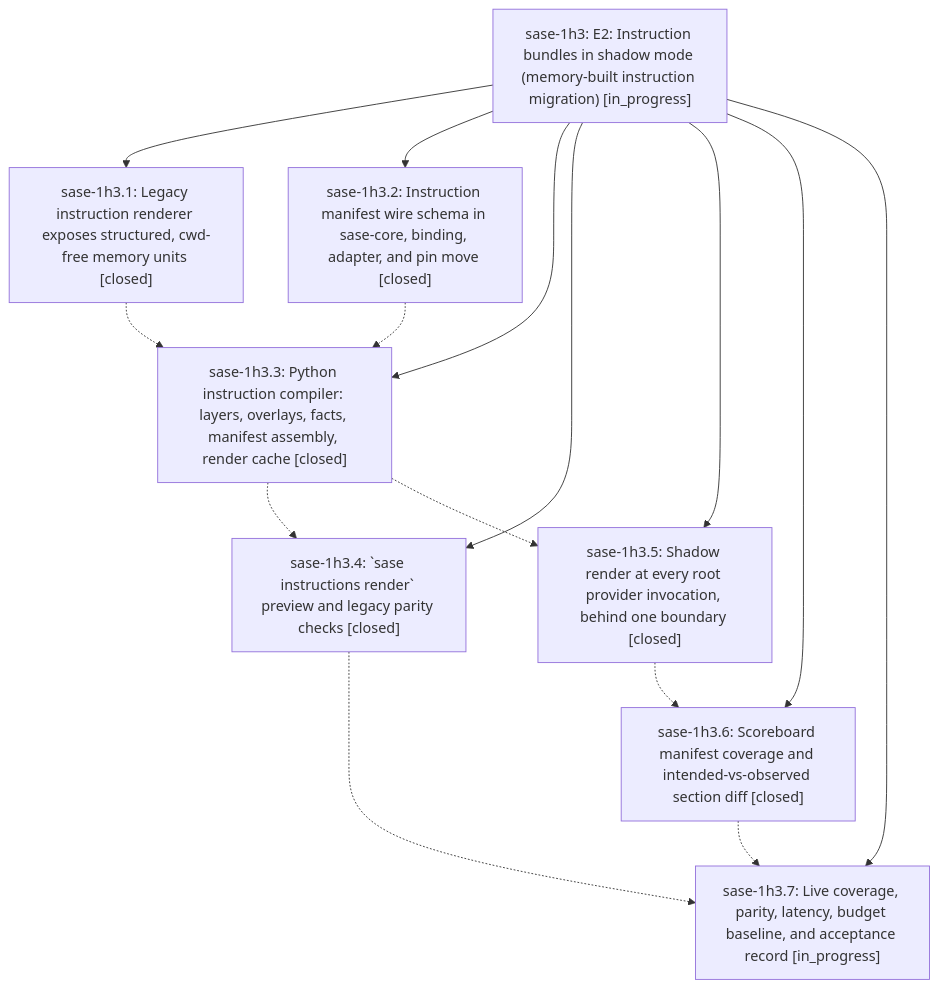
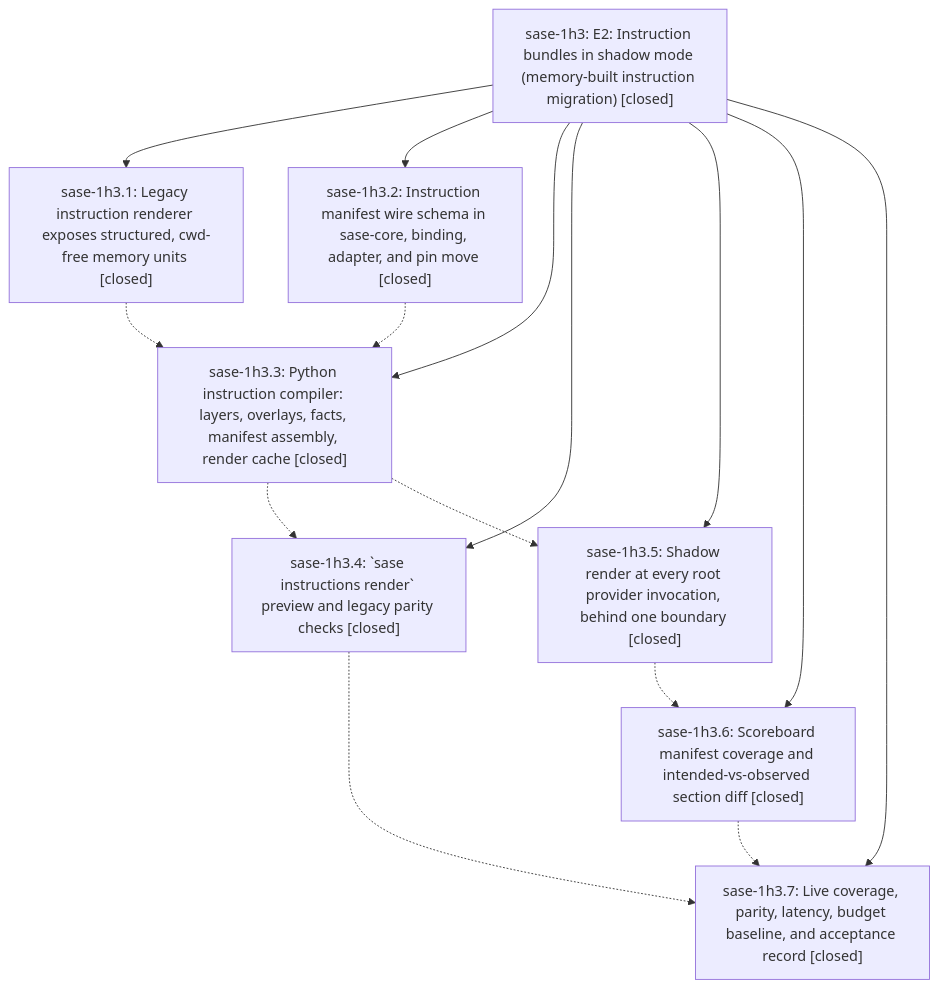
Before and after one commit to sase-org/sase--beads: the diagram in pages/sase-1h3/README.md, drawn with Mermaid. The commit also changed other lines of this file and 3 other files, not shown here.

````diff
--- a/pages/sase-1h3/README.md
+++ b/pages/sase-1h3/README.md
@@ -40,25 +64,25 @@
 ```mermaid
 flowchart TD
-    n0["sase-1h3: E2: Instruction bundles in shadow mode (memory-built instruction migration) [in_progress]"]
+    n0["sase-1h3: E2: Instruction bundles in shadow mode (memory-built instruction migration) [closed]"]
     n1["sase-1h3.1: Legacy instruction renderer exposes structured, cwd-free memory units [closed]"]
     n2["sase-1h3.2: Instruction manifest wire schema in sase-core, binding, adapter, and pin move [closed]"]
     n3["sase-1h3.3: Python instruction compiler: layers, overlays, facts, manifest assembly, render cache [closed]"]
     n4["sase-1h3.4: `sase instructions render` preview and legacy parity checks [closed]"]
     n5["sase-1h3.5: Shadow render at every root provider invocation, behind one boundary [closed]"]
     n6["sase-1h3.6: Scoreboard manifest coverage and intended-vs-observed section diff [closed]"]
-    n7["sase-1h3.7: Live coverage, parity, latency, budget baseline, and acceptance record [in_progress]"]
+    n7["sase-1h3.7: Live coverage, parity, latency, budget baseline, and acceptance record [closed]"]
     n0 --> n1
     n0 --> n2
     n0 --> n3
     n0 --> n4
     n0 --> n5
     n0 --> n6
     n0 --> n7
     n1 -.-> n3
     n2 -.-> n3
     n3 -.-> n4
     n3 -.-> n5
     n4 -.-> n7
     n5 -.-> n6
     n6 -.-> n7
 ```
````
